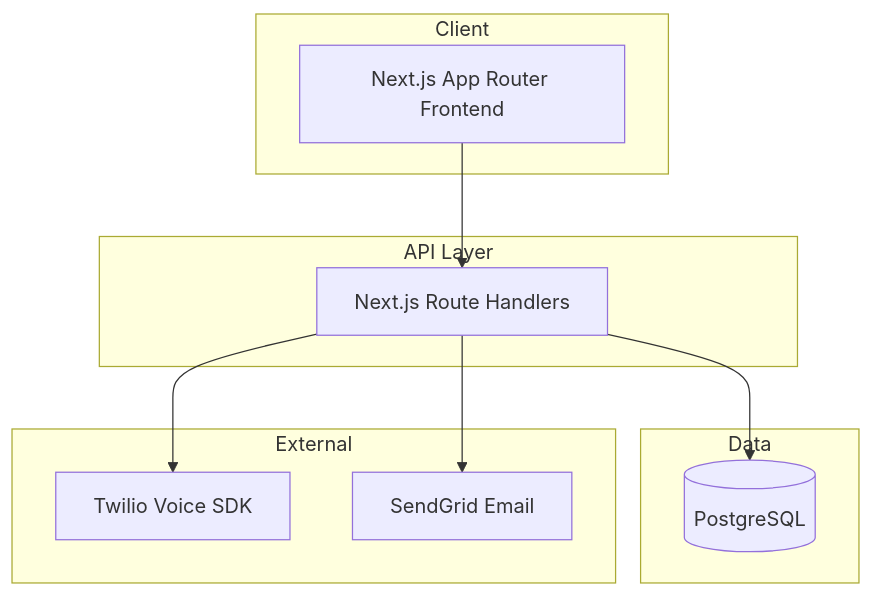
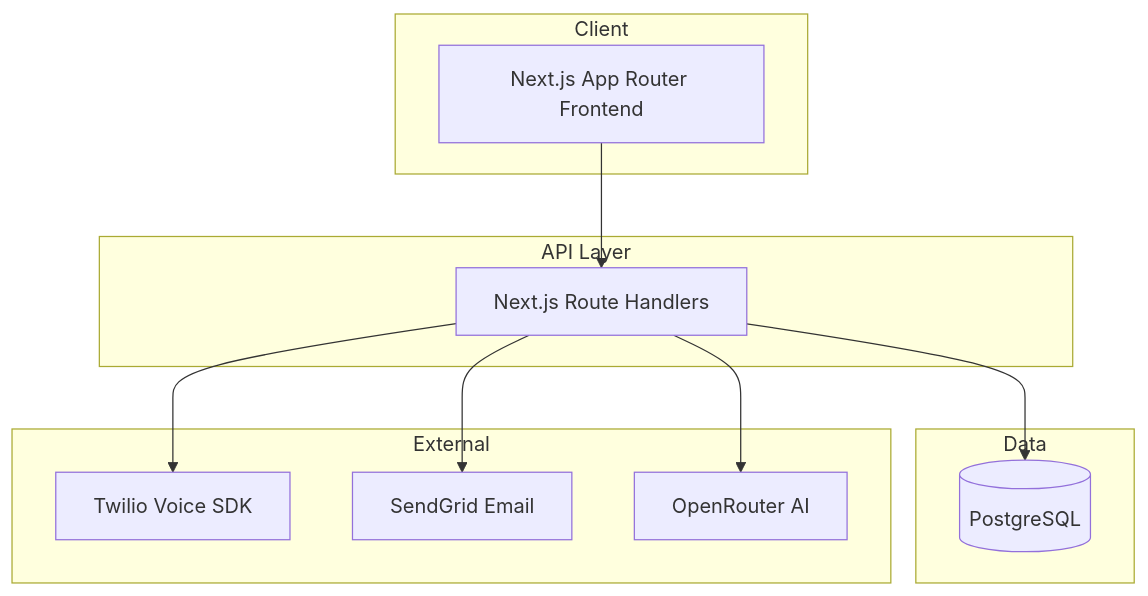
One commit to Syedirtiza768/Renovessa changed the diagram in docs/context/SYSTEM_MAP.md. Above: the diagram before and after it, drawn with Mermaid. The commit also changed other lines of this file and 44 other files, not shown here.

````diff
--- a/docs/context/SYSTEM_MAP.md
+++ b/docs/context/SYSTEM_MAP.md
@@ -7,20 +7,22 @@
 ```mermaid
 flowchart TB
     subgraph client [Client]
         Web[Next.js App Router Frontend]
     end
     subgraph api [API Layer]
         API[Next.js Route Handlers]
     end
     subgraph data [Data]
         DB[(PostgreSQL)]
     end
     subgraph external [External]
         Twilio[Twilio Voice SDK]
         SendGrid[SendGrid Email]
+        AI[OpenRouter AI]
     end
     Web --> API
     API --> DB
     API --> Twilio
     API --> SendGrid
+    API --> AI
 ```
````
